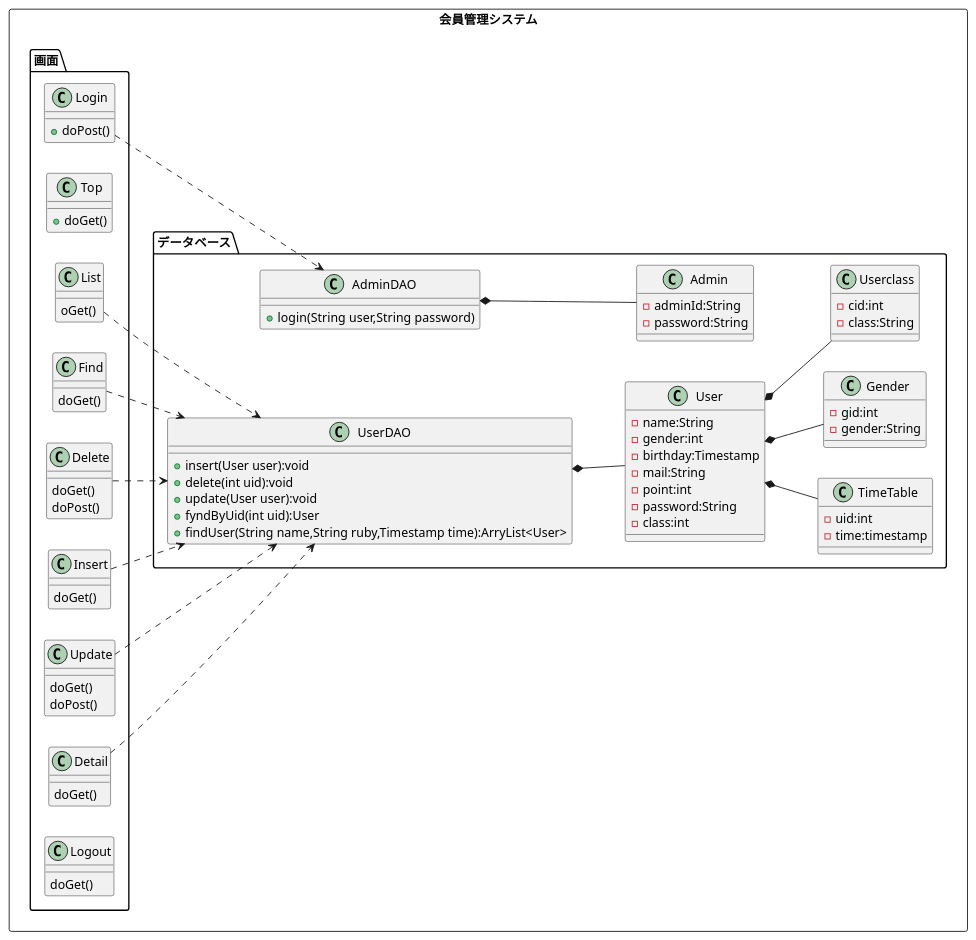
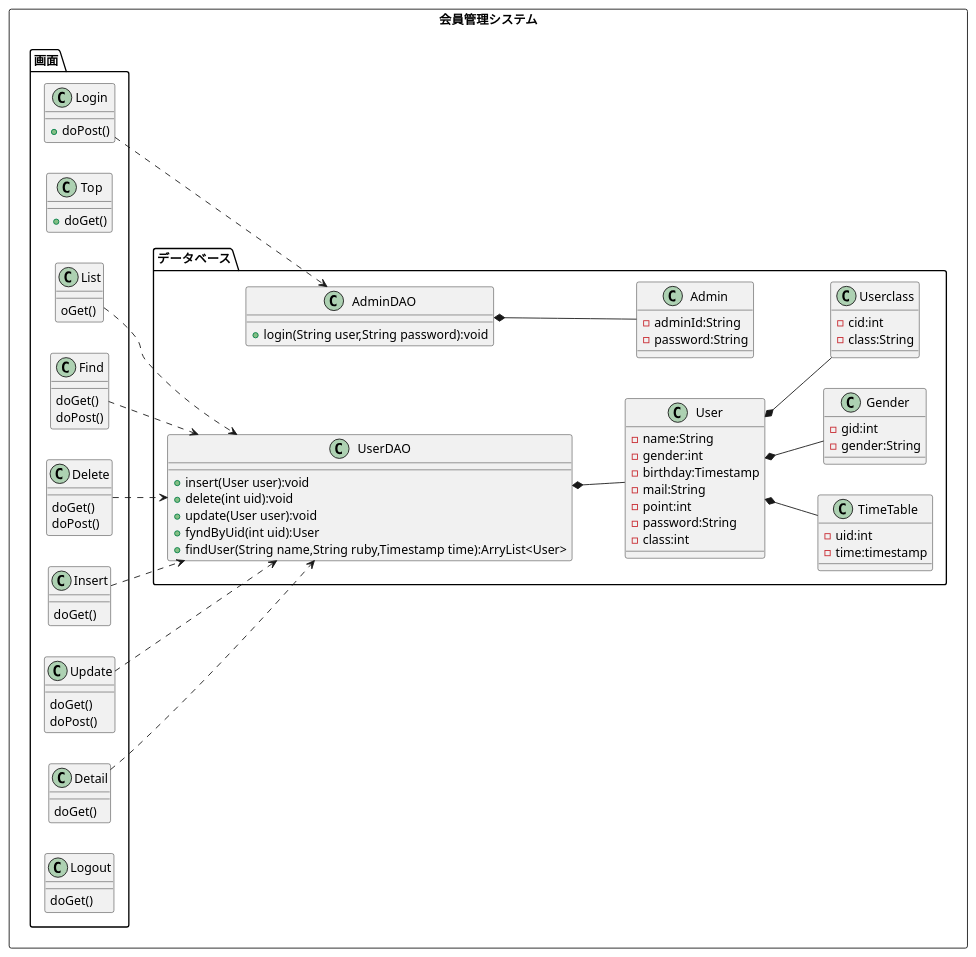
The diagram in uml_detail/class.pu (toufu66/ProjectC), drawn with PlantUML before and after one commit.

Commit message:
クラス図 詳細設計 find関連の修正

```diff
--- a/uml_detail/class.pu
+++ b/uml_detail/class.pu
@@ -1,98 +1,99 @@
 @startuml
 left to right direction
 rectangle 会員管理システム{
 package 画面{
 	class Login{
 		+doPost()
 	}
 	class Top{
 		+doGet()
 	}
 	class List{
 		oGet()
 	}
 	class Find{
 		doGet()
+		doPost()
 	}
 	class Delete{
 		doGet()
 		doPost()
 	}
 	class Insert{
 		doGet()
 	}
 	class Update{
 		doGet()
 		doPost()
 	}
 	class Detail{
 		doGet()
 	}
 	class Logout{
 		doGet()
 	}
 
 
 }
 
 package データベース{
 	class UserDAO{
 		+insert(User user):void
 		+delete(int uid):void
 		+update(User user):void
 		+fyndByUid(int uid):User
 		+findUser(String name,String ruby,Timestamp time):ArryList<User>
 	}
 	class User{
 		-name:String
 		-gender:int
 		-birthday:Timestamp
 		-mail:String
 		-point:int
 		-password:String
 		-class:int
 	}
 	class Admin{
 		-adminId:String
 		-password:String
 	}
 	class AdminDAO{
 
-		+login(String user,String password)
+		+login(String user,String password):void
 
 	}
 	class TimeTable{
 		-uid:int
 		-time:timestamp
 
 	}
 	class Gender{
 		-gid:int
 		-gender:String
 
 	}
 	class Userclass{
 		-cid:int
 		-class:String
 
 	}
 
 }
 
 
 Login ..> AdminDAO
 
 List ..> UserDAO
 Insert ..> UserDAO
 Update ..> UserDAO
 Delete ..> UserDAO
 Find ..> UserDAO
 Detail ..>UserDAO
 UserDAO *--  User
 AdminDAO *--  Admin
 User *-- TimeTable
 User *-- Userclass
 User *-- Gender
 
 }
 @enduml
```
